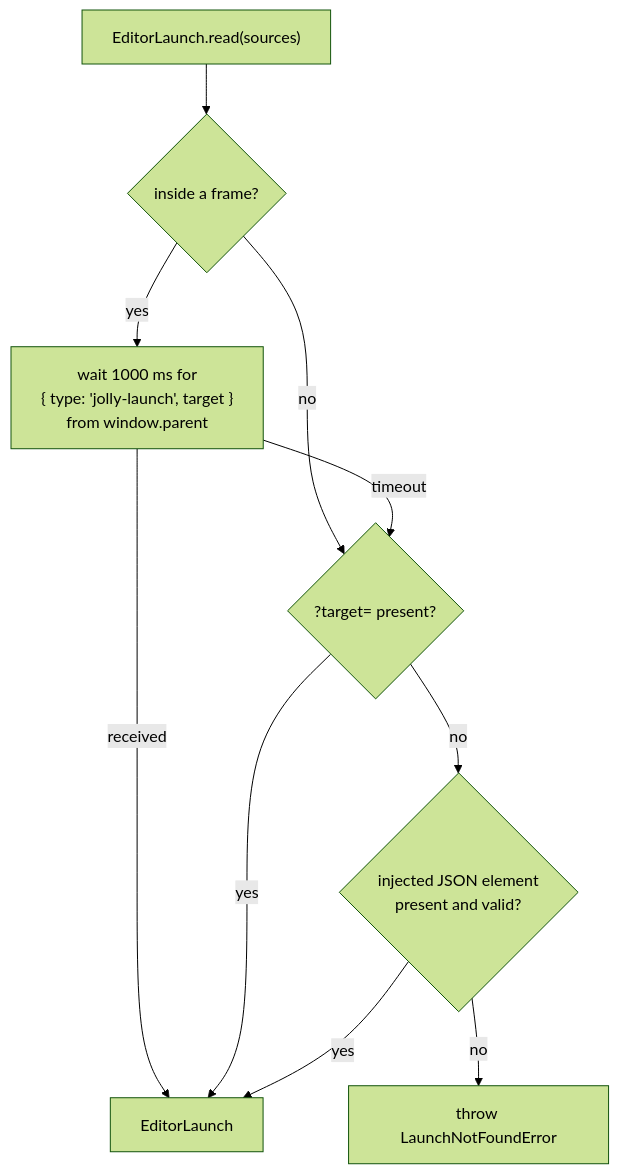
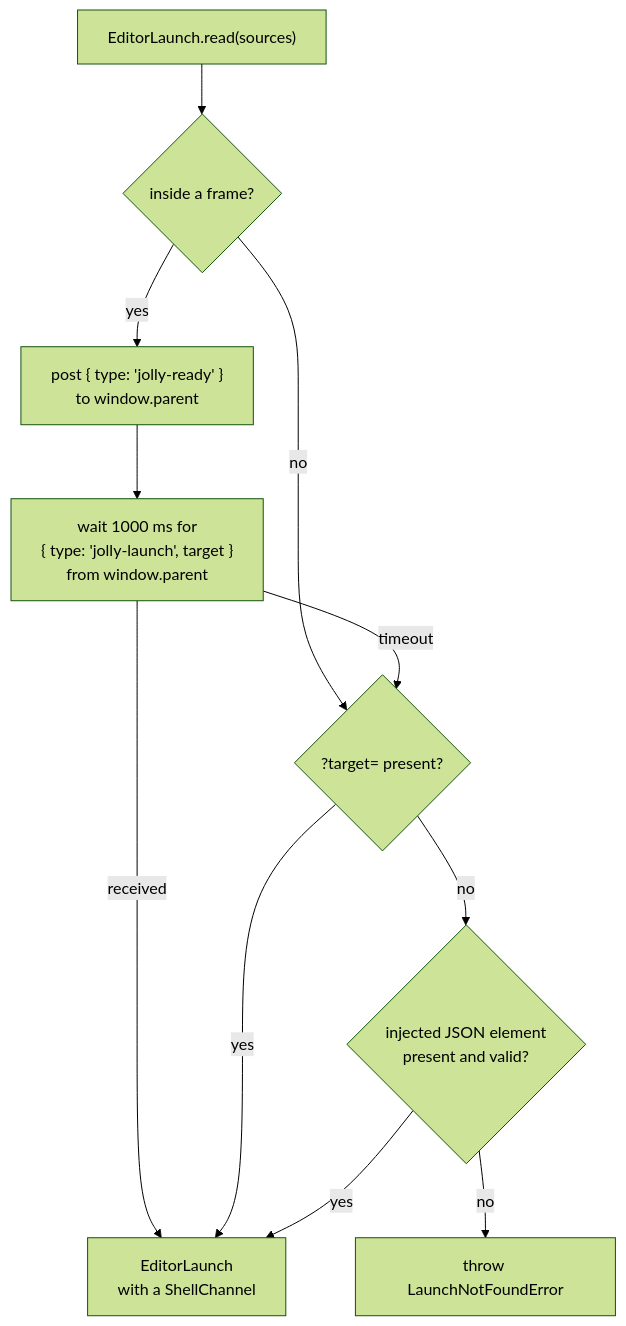
The third of 10 diagrams in packages/editors/host/ARCHITECTURE.md (JollyPixel/editor), drawn with Mermaid (forest theme) before and after one commit. The commit also changed other lines of this file and 45 other files, not shown here.

````diff
--- a/packages/editors/host/ARCHITECTURE.md
+++ b/packages/editors/host/ARCHITECTURE.md
@@ -108,12 +108,13 @@
 ```mermaid
 flowchart TB
   Start["EditorLaunch.read(sources)"] --> Framed{"inside a frame?"}
   Framed -->|"no"| Query
-  Framed -->|"yes"| Wait["wait 1000 ms for<br/>{ type: 'jolly-launch', target }<br/>from window.parent"]
-  Wait -->|"received"| Found["EditorLaunch"]
+  Framed -->|"yes"| Ready["post { type: 'jolly-ready' }<br/>to window.parent"]
+  Ready --> Wait["wait 1000 ms for<br/>{ type: 'jolly-launch', target }<br/>from window.parent"]
+  Wait -->|"received"| Found["EditorLaunch<br/>with a ShellChannel"]
   Wait -->|"timeout"| Query{"?target= present?"}
   Query -->|"yes"| Found
   Query -->|"no"| Element{"injected JSON element<br/>present and valid?"}
   Element -->|"yes"| Found
   Element -->|"no"| Missing["throw LaunchNotFoundError"]
 ```
````
